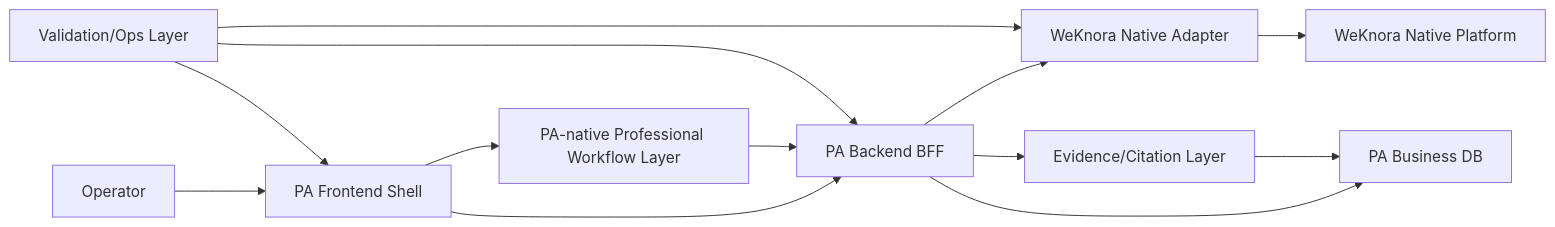
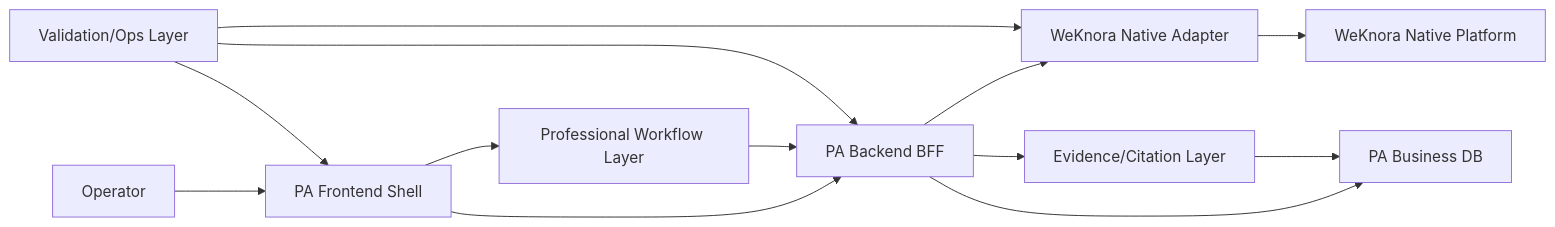
The diagram in docs/architecture/WEKNORA_NATIVE_EXPANSION_ARCHITECTURE.md (mrguaiguai/pa-ai-workbench), drawn with Mermaid before and after one commit. The commit also changed other lines of this file and 7 other files, not shown here.

````diff
--- a/docs/architecture/WEKNORA_NATIVE_EXPANSION_ARCHITECTURE.md
+++ b/docs/architecture/WEKNORA_NATIVE_EXPANSION_ARCHITECTURE.md
@@ -30,25 +29,25 @@
 ```mermaid
 flowchart LR
   User["Operator"]
   FE["PA Frontend Shell"]
   BFF["PA Backend BFF"]
   Adapter["WeKnora Native Adapter"]
   WN["WeKnora Native Platform"]
   DB["PA Business DB"]
   Evidence["Evidence/Citation Layer"]
   Ops["Validation/Ops Layer"]
-  Workflow["PA-native Professional Workflow Layer"]
+  Workflow["Professional Workflow Layer"]
 
   User --> FE
   FE --> BFF
   FE --> Workflow
   Workflow --> BFF
   BFF --> Adapter
   Adapter --> WN
   BFF --> DB
   BFF --> Evidence
   Evidence --> DB
   Ops --> BFF
   Ops --> FE
   Ops --> Adapter
 ```
````
